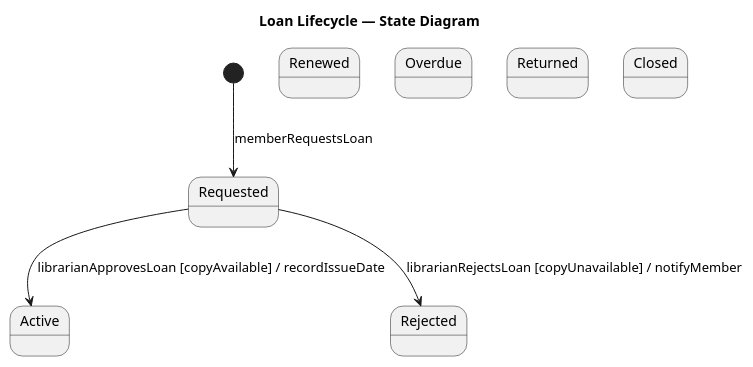
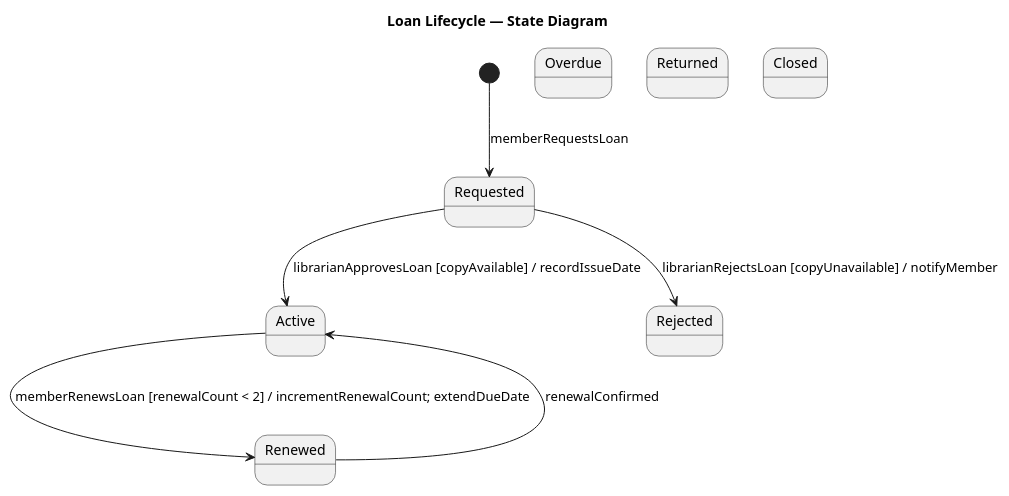
Before and after one commit to HashimZuraiqi/Software-Eng.-Project-UNTITLED: the diagram in uml/state_loan.puml, drawn with PlantUML.

Commit message:
feat: add transitions for loan renewal states in state diagram

```diff
--- a/uml/state_loan.puml
+++ b/uml/state_loan.puml
@@ -1,16 +1,19 @@
 @startuml state_loan
 title Loan Lifecycle — State Diagram
 
 state Requested
 state Active
 state Renewed
 state Overdue
 state Returned
 state Closed
 state Rejected
 
 [*] --> Requested : memberRequestsLoan
 Requested --> Active : librarianApprovesLoan [copyAvailable] / recordIssueDate
 Requested --> Rejected : librarianRejectsLoan [copyUnavailable] / notifyMember
 
+Active --> Renewed : memberRenewsLoan [renewalCount < 2] / incrementRenewalCount; extendDueDate
+Renewed --> Active : renewalConfirmed
+
 @enduml
```
